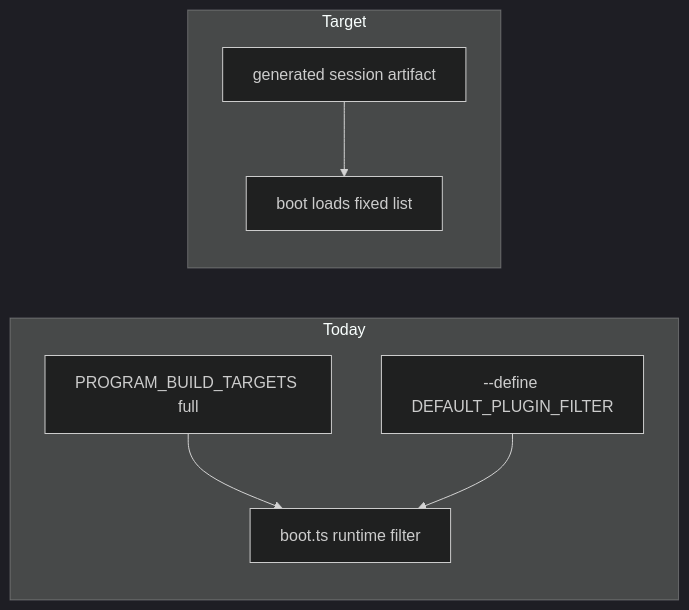
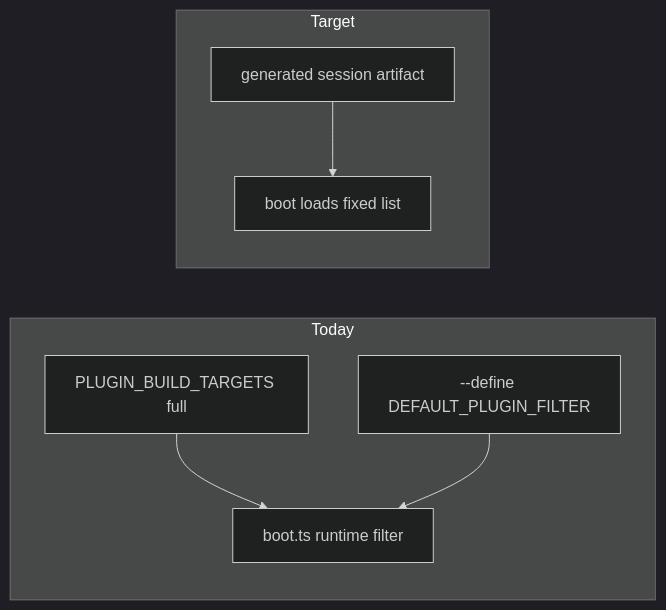
One commit to usalu/semio changed the diagram in .cursor/plans/decouple_plugin_boot_c12e4997.plan.md. Above: the diagram before and after it, drawn with Mermaid (dark theme). The commit also changed other lines of this file and 663 other files, not shown here.

````diff
--- a/.cursor/plans/decouple_plugin_boot_c12e4997.plan.md
+++ b/.cursor/plans/decouple_plugin_boot_c12e4997.plan.md
@@ -43,15 +43,15 @@
 ```mermaid
 flowchart LR
   subgraph today [Today]
-    FullCatalog[PROGRAM_BUILD_TARGETS full]
+    FullCatalog[PLUGIN_BUILD_TARGETS full]
     Boot[boot.ts runtime filter]
     Define["--define DEFAULT_PLUGIN_FILTER"]
     FullCatalog --> Boot
     Define --> Boot
   end
   subgraph target [Target]
     Session[generated session artifact]
     Boot2[boot loads fixed list]
     Session --> Boot2
   end
 ```
````
